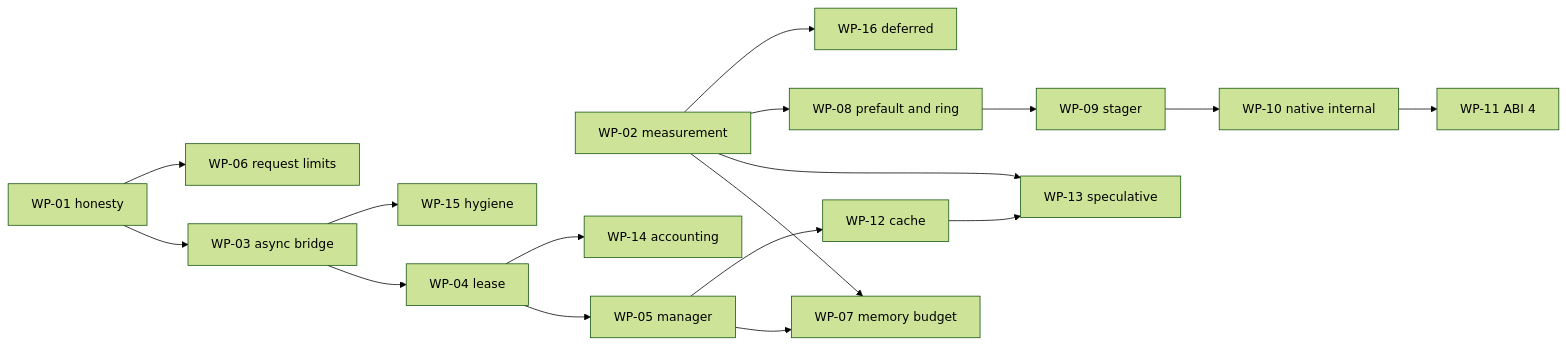
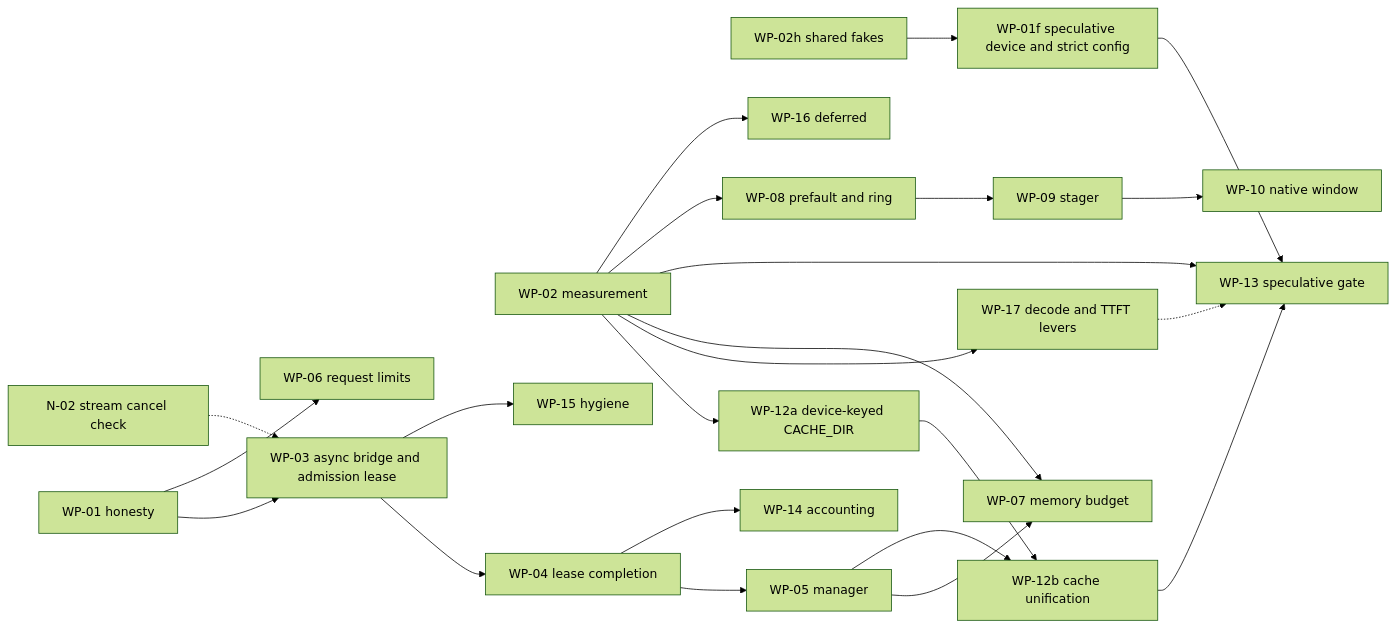
One commit to techdeveloper-org/intel-arc-models-runner changed the diagram in docs/plans/MASTER_PLAN_v4.md. Above: the diagram before and after it, drawn with Mermaid (forest theme). The commit also changed other lines of this file and 3 other files, not shown here.

````diff
--- a/docs/plans/MASTER_PLAN_v4.md
+++ b/docs/plans/MASTER_PLAN_v4.md
@@ -1251,19 +1359,25 @@
 ```mermaid
 flowchart LR
-  WP01["WP-01 honesty"] --> WP03["WP-03 async bridge"]
-  WP01 --> WP06["WP-06 request limits"]
+  WP02h["WP-02h shared fakes"] --> WP01f["WP-01f speculative device and strict config"]
+  WP01["WP-01 honesty"] --> WP03["WP-03 async bridge and admission lease"]
+  WP01["WP-01 honesty"] --> WP06["WP-06 request limits"]
+  WP02["WP-02 measurement"] --> WP12a["WP-12a device-keyed CACHE_DIR"]
+  WP02["WP-02 measurement"] --> WP17["WP-17 decode and TTFT levers"]
   WP02["WP-02 measurement"] --> WP07["WP-07 memory budget"]
-  WP03 --> WP04["WP-04 lease"]
+  N02["N-02 stream cancel check"] -.-> WP03
+  WP03 --> WP04["WP-04 lease completion"]
   WP04 --> WP05["WP-05 manager"]
   WP05 --> WP07
   WP04 --> WP14["WP-14 accounting"]
-  WP05 --> WP12["WP-12 cache"]
-  WP12 --> WP13["WP-13 speculative"]
+  WP05 --> WP12b["WP-12b cache unification"]
+  WP12a --> WP12b
+  WP12b --> WP13["WP-13 speculative gate"]
+  WP01f --> WP13
   WP02 --> WP13
+  WP17 -.-> WP13
+  WP03 --> WP15["WP-15 hygiene"]
   WP02 --> WP08["WP-08 prefault and ring"]
   WP08 --> WP09["WP-09 stager"]
-  WP09 --> WP10["WP-10 native internal"]
-  WP10 --> WP11["WP-11 ABI 4"]
-  WP03 --> WP15["WP-15 hygiene"]
+  WP09 --> WP10["WP-10 native window"]
   WP02 --> WP16["WP-16 deferred"]
 ```
````
